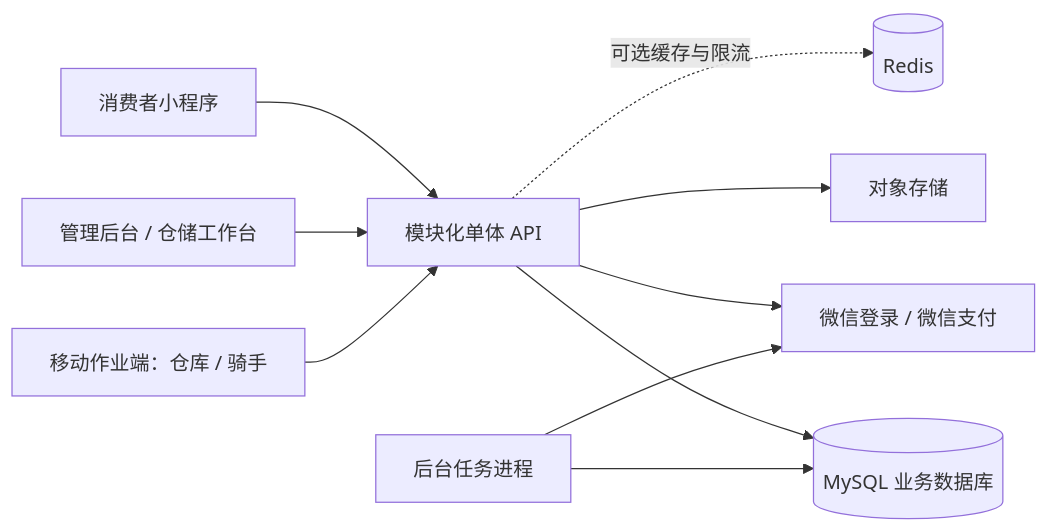
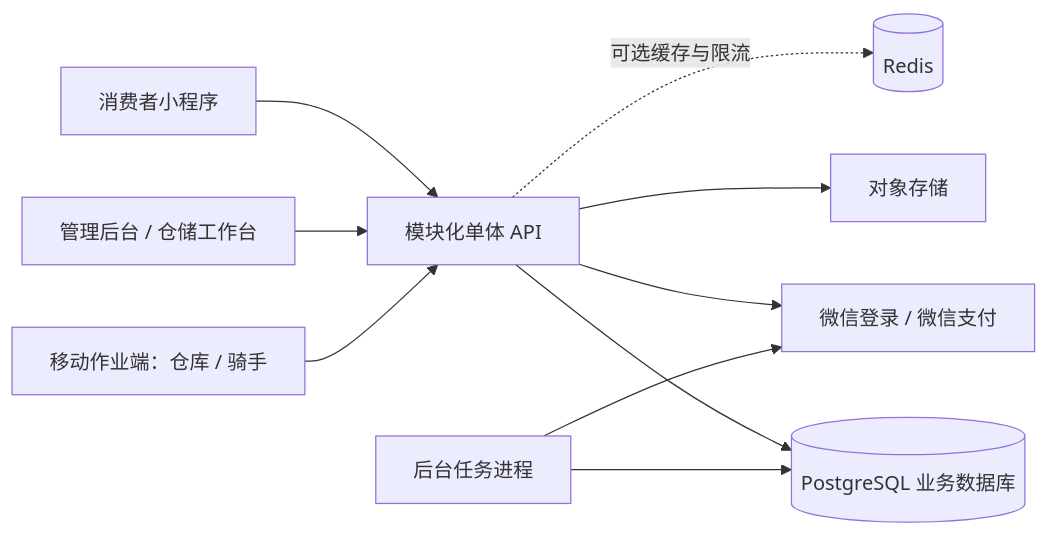
The diagram in docs/00-MASTER-PLAN.md (TiezhuGG/yumi-retail), drawn with Mermaid before and after one commit. The commit also changed other lines of this file and 79 other files, not shown here.

````diff
--- a/docs/00-MASTER-PLAN.md
+++ b/docs/00-MASTER-PLAN.md
@@ -34,12 +34,12 @@
 ```mermaid
 flowchart LR
     U[消费者小程序] --> API[模块化单体 API]
     A[管理后台 / 仓储工作台] --> API
     M[移动作业端：仓库 / 骑手] --> API
-    API --> DB[(MySQL 业务数据库)]
+    API --> DB[(PostgreSQL 业务数据库)]
     API --> COS[对象存储]
     API --> WX[微信登录 / 微信支付]
     JOB[后台任务进程] --> DB
     JOB --> WX
     API -.可选缓存与限流.-> R[(Redis)]
 ```
````
